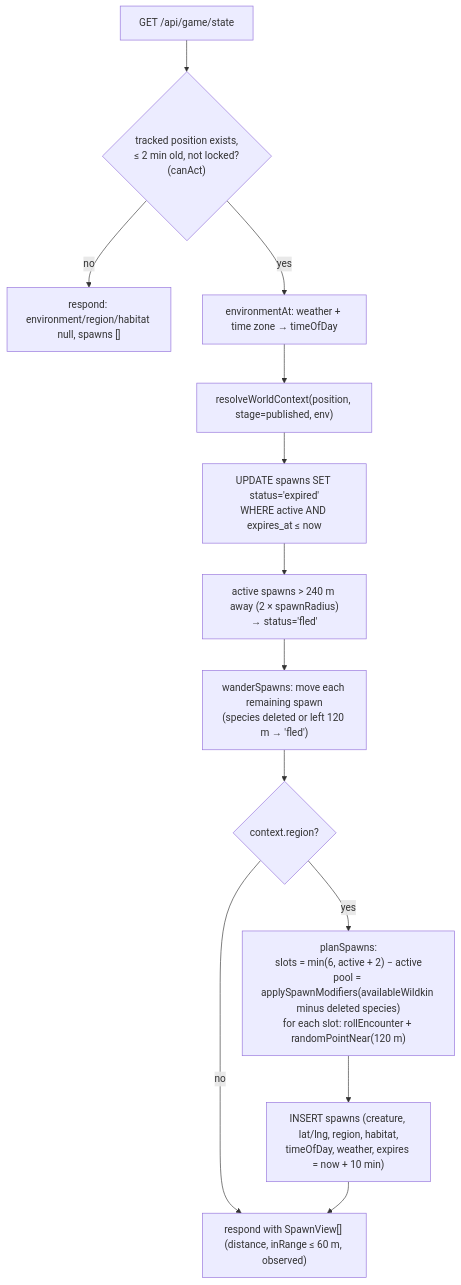
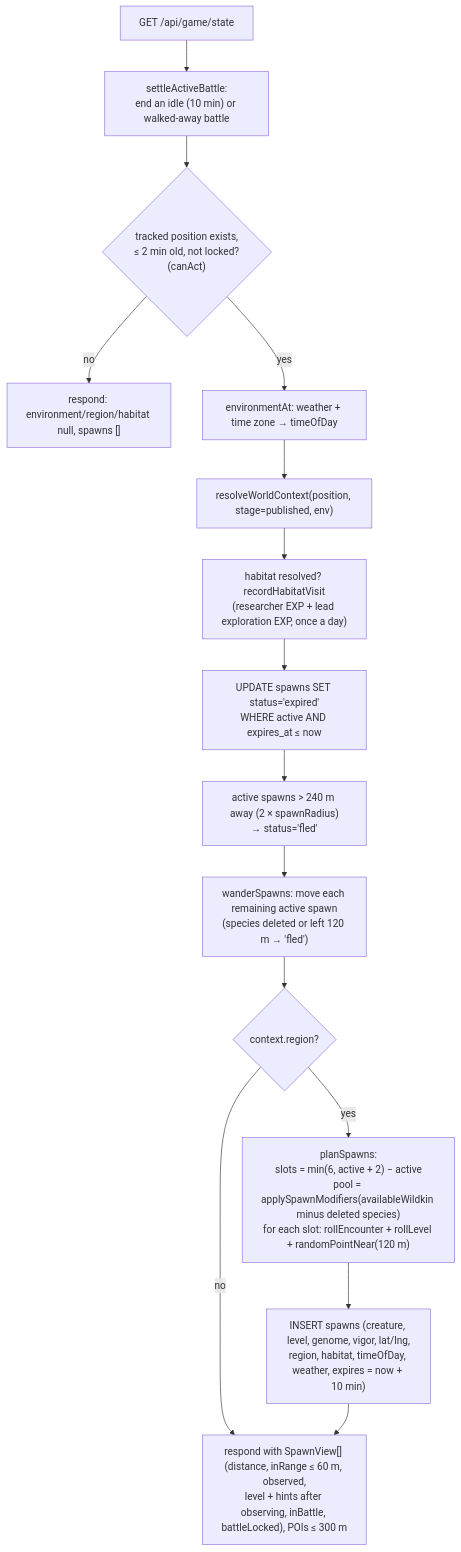
One commit to samceracas/wildbound changed the third of 8 diagrams in docs/07-game-systems.md. Above: the diagram before and after it, drawn with Mermaid. The commit also changed other lines of this file and 4 other files, not shown here.

First line of the commit message:
docs(0.3.0): work in progress on game systems, content and charts

````diff
--- a/docs/07-game-systems.md
+++ b/docs/07-game-systems.md
@@ -167,15 +192,17 @@
 ```mermaid
 flowchart TD
-    start["GET /api/game/state"] --> pos{"tracked position exists,<br/>≤ 2 min old, not locked?<br/>(canAct)"}
+    start["GET /api/game/state"] --> bat["settleActiveBattle:<br/>end an idle (10 min) or walked-away battle"]
+    bat --> pos{"tracked position exists,<br/>≤ 2 min old, not locked?<br/>(canAct)"}
     pos -- no --> empty["respond: environment/region/habitat null, spawns []"]
     pos -- yes --> env["environmentAt: weather + time zone → timeOfDay"]
     env --> ctx["resolveWorldContext(position, stage=published, env)"]
-    ctx --> exp["UPDATE spawns SET status='expired'<br/>WHERE active AND expires_at ≤ now"]
+    ctx --> visit["habitat resolved? recordHabitatVisit<br/>(researcher EXP + lead exploration EXP, once a day)"]
+    visit --> exp["UPDATE spawns SET status='expired'<br/>WHERE active AND expires_at ≤ now"]
     exp --> far["active spawns > 240 m away (2 × spawnRadius)<br/>→ status='fled'"]
-    far --> wan["wanderSpawns: move each remaining spawn<br/>(species deleted or left 120 m → 'fled')"]
+    far --> wan["wanderSpawns: move each remaining active spawn<br/>(species deleted or left 120 m → 'fled')"]
     wan --> reg{"context.region?"}
     reg -- no --> out
-    reg -- yes --> plan["planSpawns:<br/>slots = min(6, active + 2) − active<br/>pool = applySpawnModifiers(availableWildkin minus deleted species)<br/>for each slot: rollEncounter + randomPointNear(120 m)"]
-    plan --> ins["INSERT spawns (creature, lat/lng, region, habitat,<br/>timeOfDay, weather, expires = now + 10 min)"]
-    ins --> out["respond with SpawnView[] (distance, inRange ≤ 60 m, observed)"]
+    reg -- yes --> plan["planSpawns:<br/>slots = min(6, active + 2) − active<br/>pool = applySpawnModifiers(availableWildkin minus deleted species)<br/>for each slot: rollEncounter + rollLevel + randomPointNear(120 m)"]
+    plan --> ins["INSERT spawns (creature, level, genome, vigor, lat/lng,<br/>region, habitat, timeOfDay, weather, expires = now + 10 min)"]
+    ins --> out["respond with SpawnView[] (distance, inRange ≤ 60 m, observed,<br/>level + hints after observing, inBattle, battleLocked), POIs ≤ 300 m"]
 ```
````
